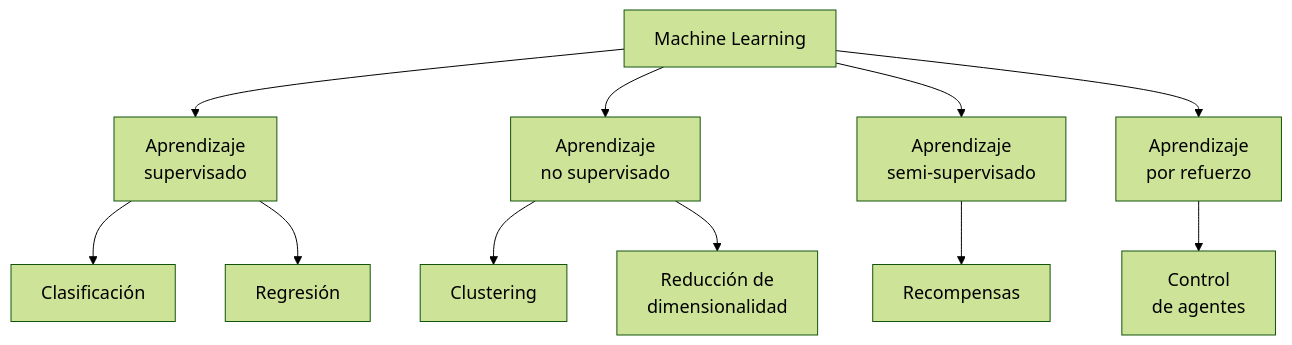
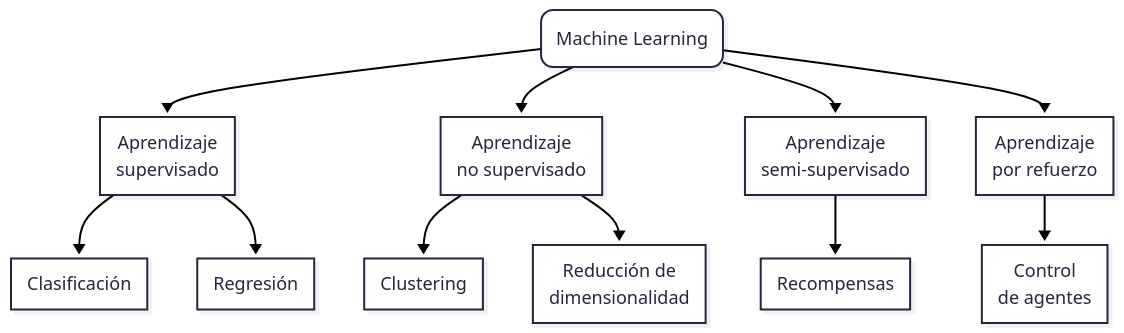
One commit to paranedagarcia/ciencia-de-datos changed the first of 2 diagrams in docs/05-machinelearning/1-introduccion.md. Above: the diagram before and after it, drawn with Mermaid. The commit also changed other lines of this file and 4 other files, not shown here.

````diff
--- a/docs/05-machinelearning/1-introduccion.md
+++ b/docs/05-machinelearning/1-introduccion.md
@@ -58,21 +58,22 @@
 ```mermaid
 ---
 config:
-  theme: 'forest'
+  theme: 'redux-color'
+  look: 'neo'
   themeVariables:
      fontSize: 18px
 ---
 flowchart TD
-    ML[Machine Learning]
+    ML(Machine Learning)
     ML --> SUP[Aprendizaje<br> supervisado]
     ML --> NOSUP[Aprendizaje<br> no supervisado]
     ML --> SEMI[Aprendizaje <br>semi-supervisado]
     ML --> REF[Aprendizaje <br>por refuerzo]
 
     SUP --> CLAS[Clasificación]
     SUP --> REG[Regresión]
     NOSUP --> CLUST[Clustering]
     NOSUP --> RED[Reducción de<br> dimensionalidad]
     SEMI --> RECOMP[Recompensas]
     REF --> AGENTES[Control<br> de agentes]
 ```
````
